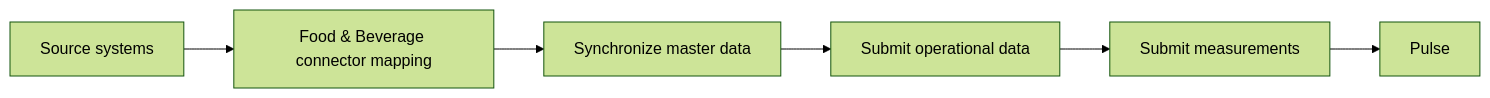
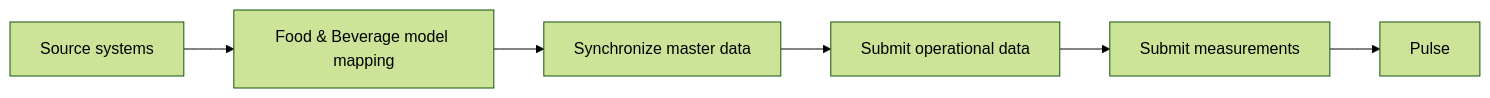
The diagram in docs/models/manufacturing/food-and-beverage/index.md (Tom-PIT/TomPIT.Pulse.Connector), drawn with Mermaid (forest theme) before and after one commit. The commit also changed other lines of this file and 1 other file, not shown here.

````diff
--- a/docs/models/manufacturing/food-and-beverage/index.md
+++ b/docs/models/manufacturing/food-and-beverage/index.md
@@ -11,8 +21,8 @@
 ```mermaid
 graph LR
-  A[Source systems] --> B[Food & Beverage connector mapping]
+  A[Source systems] --> B[Food & Beverage model mapping]
   B --> C[Synchronize master data]
   C --> D[Submit operational data]
   D --> E[Submit measurements]
   E --> F[Pulse]
 ```
````
